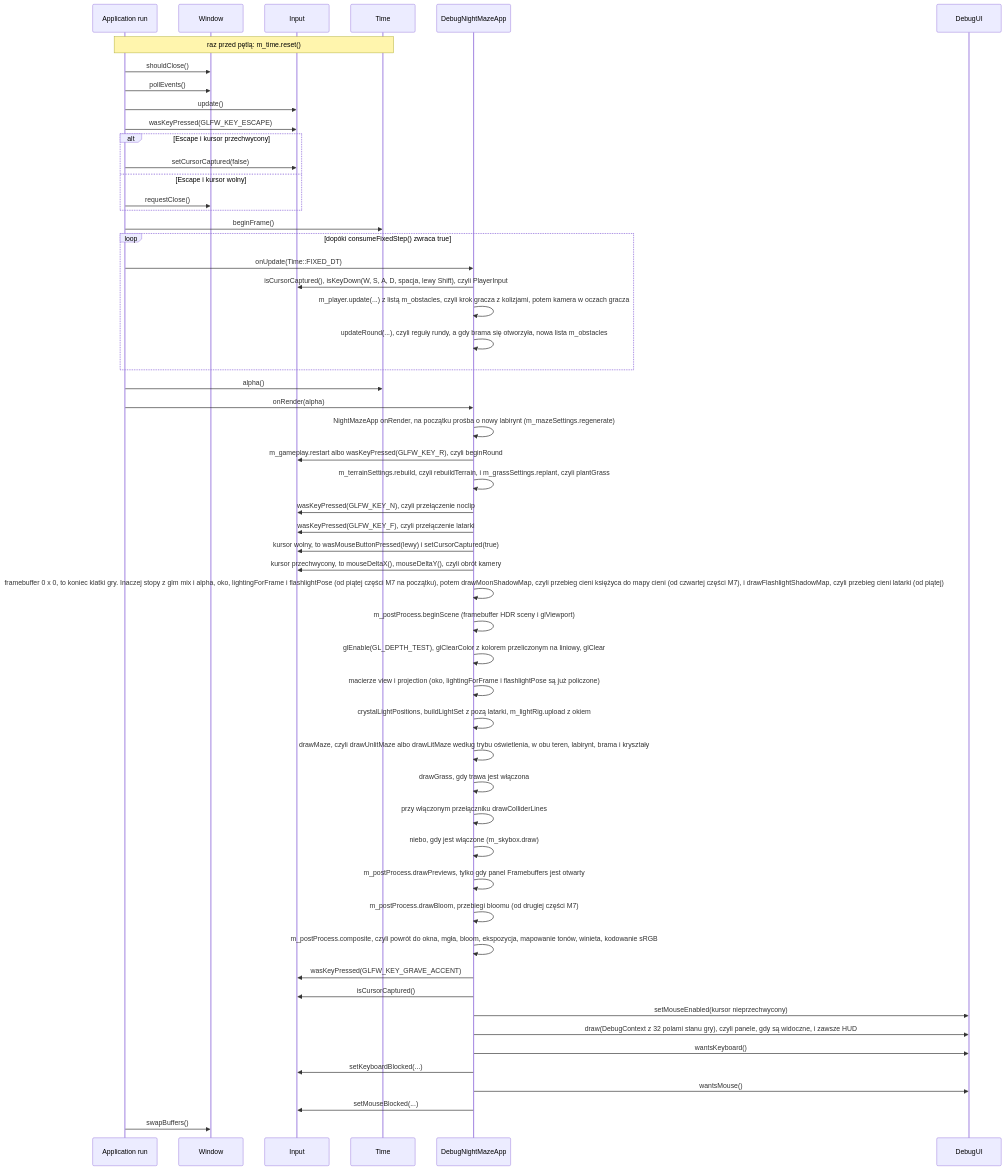
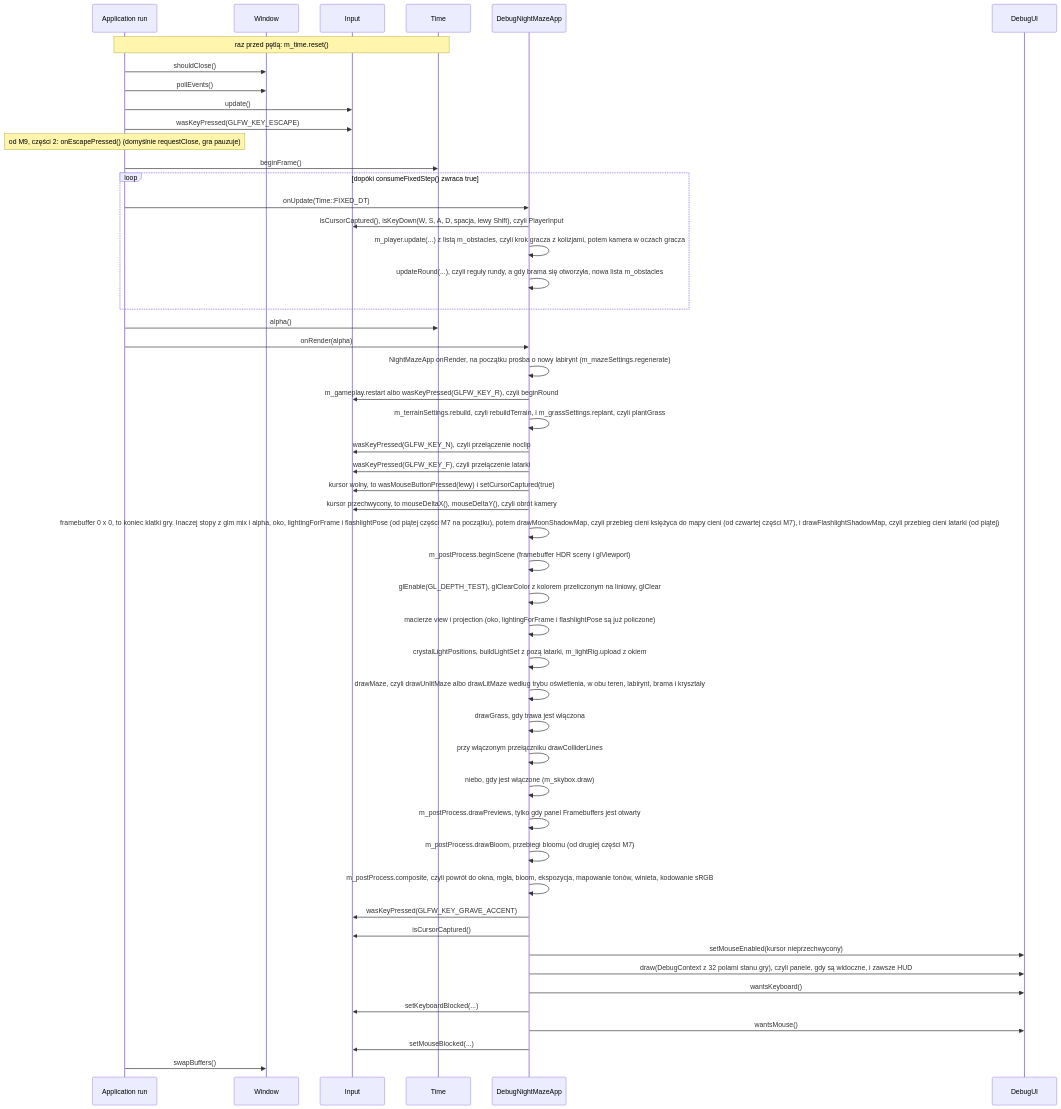
The second of 3 diagrams in docs/modules/core/README.md (Shironex/night-maze), drawn with Mermaid before and after one commit. The commit also changed other lines of this file and 34 other files, not shown here.

````diff
--- a/docs/modules/core/README.md
+++ b/docs/modules/core/README.md
@@ -83,56 +86,52 @@
 ```mermaid
 sequenceDiagram
     participant Run as Application run
     participant Win as Window
     participant In as Input
     participant T as Time
     participant App as DebugNightMazeApp
     participant UI as DebugUI
     Note over Run,T: raz przed pętlą: m_time.reset()
     Run->>Win: shouldClose()
     Run->>Win: pollEvents()
     Run->>In: update()
     Run->>In: wasKeyPressed(GLFW_KEY_ESCAPE)
-    alt Escape i kursor przechwycony
-        Run->>In: setCursorCaptured(false)
-    else Escape i kursor wolny
-        Run->>Win: requestClose()
-    end
+    Note over Run: od M9, części 2: onEscapePressed() (domyślnie requestClose, gra pauzuje)
     Run->>T: beginFrame()
     loop dopóki consumeFixedStep() zwraca true
         Run->>App: onUpdate(Time::FIXED_DT)
         App->>In: isCursorCaptured(), isKeyDown(W, S, A, D, spacja, lewy Shift), czyli PlayerInput
         App->>App: m_player.update(...) z listą m_obstacles, czyli krok gracza z kolizjami, potem kamera w oczach gracza
         App->>App: updateRound(...), czyli reguły rundy, a gdy brama się otworzyła, nowa lista m_obstacles
     end
     Run->>T: alpha()
     Run->>App: onRender(alpha)
     App->>App: NightMazeApp onRender, na początku prośba o nowy labirynt (m_mazeSettings.regenerate)
     App->>In: m_gameplay.restart albo wasKeyPressed(GLFW_KEY_R), czyli beginRound
     App->>App: m_terrainSettings.rebuild, czyli rebuildTerrain, i m_grassSettings.replant, czyli plantGrass
     App->>In: wasKeyPressed(GLFW_KEY_N), czyli przełączenie noclip
     App->>In: wasKeyPressed(GLFW_KEY_F), czyli przełączenie latarki
     App->>In: kursor wolny, to wasMouseButtonPressed(lewy) i setCursorCaptured(true)
     App->>In: kursor przechwycony, to mouseDeltaX(), mouseDeltaY(), czyli obrót kamery
     App->>App: framebuffer 0 x 0, to koniec klatki gry. Inaczej stopy z glm mix i alpha, oko, lightingForFrame i flashlightPose (od piątej części M7 na początku), potem drawMoonShadowMap, czyli przebieg cieni księżyca do mapy cieni (od czwartej części M7), i drawFlashlightShadowMap, czyli przebieg cieni latarki (od piątej)
     App->>App: m_postProcess.beginScene (framebuffer HDR sceny i glViewport)
     App->>App: glEnable(GL_DEPTH_TEST), glClearColor z kolorem przeliczonym na liniowy, glClear
     App->>App: macierze view i projection (oko, lightingForFrame i flashlightPose są już policzone)
     App->>App: crystalLightPositions, buildLightSet z pozą latarki, m_lightRig.upload z okiem
     App->>App: drawMaze, czyli drawUnlitMaze albo drawLitMaze według trybu oświetlenia, w obu teren, labirynt, brama i kryształy
     App->>App: drawGrass, gdy trawa jest włączona
     App->>App: przy włączonym przełączniku drawColliderLines
     App->>App: niebo, gdy jest włączone (m_skybox.draw)
     App->>App: m_postProcess.drawPreviews, tylko gdy panel Framebuffers jest otwarty
     App->>App: m_postProcess.drawBloom, przebiegi bloomu (od drugiej części M7)
     App->>App: m_postProcess.composite, czyli powrót do okna, mgła, bloom, ekspozycja, mapowanie tonów, winieta, kodowanie sRGB
     App->>In: wasKeyPressed(GLFW_KEY_GRAVE_ACCENT)
     App->>In: isCursorCaptured()
     App->>UI: setMouseEnabled(kursor nieprzechwycony)
     App->>UI: draw(DebugContext z 32 polami stanu gry), czyli panele, gdy są widoczne, i zawsze HUD
     App->>UI: wantsKeyboard()
     App->>In: setKeyboardBlocked(...)
     App->>UI: wantsMouse()
     App->>In: setMouseBlocked(...)
     Run->>Win: swapBuffers()
 ```
````
